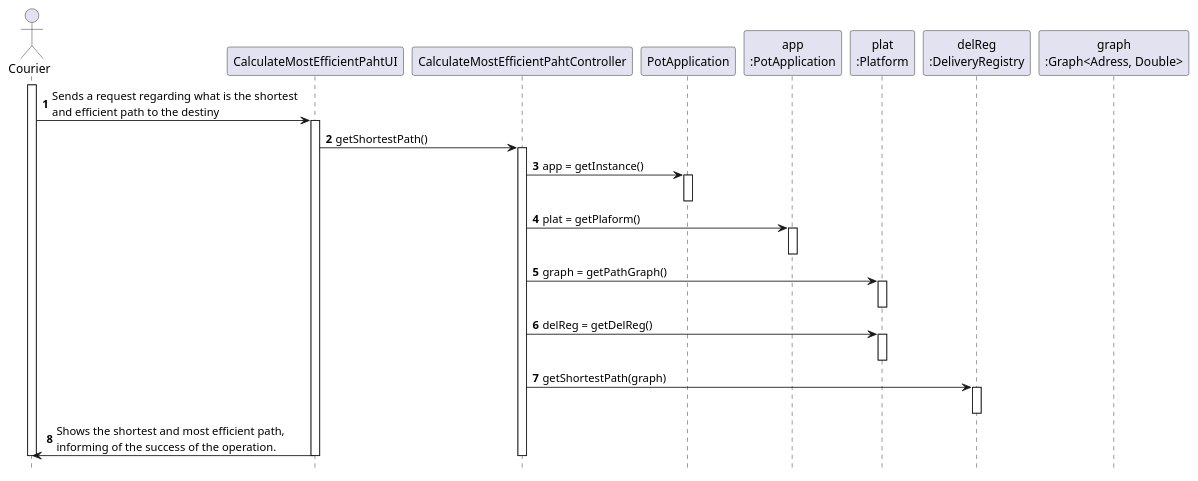
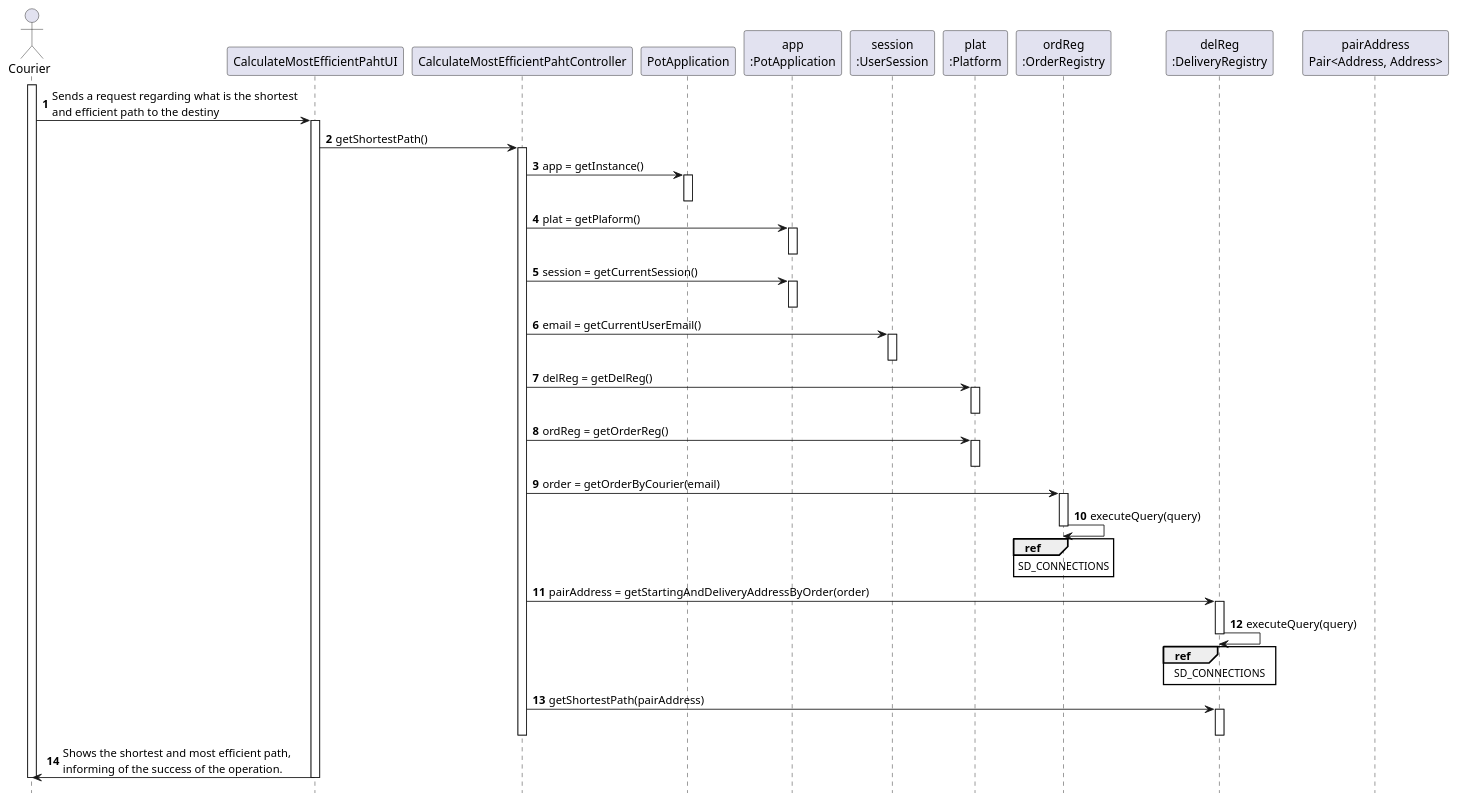
Before and after one commit to tiagoavcosta25/LAPR3: the diagram in docs/Iteration 1/Delivery Management/US23_CalculateMostEfficientPath/US23_SD.puml, drawn with PlantUML. The commit also changed 13 other files, not shown here.

```diff
--- a/docs/Iteration 1/Delivery Management/US23_CalculateMostEfficientPath/US23_SD.puml
+++ b/docs/Iteration 1/Delivery Management/US23_CalculateMostEfficientPath/US23_SD.puml
@@ -1,42 +1,66 @@
 @startuml
 autonumber
 hide footbox
 
 actor "Courier" as COUR
 
 participant "CalculateMostEfficientPahtUI" as UI
 participant "CalculateMostEfficientPahtController" as CTRL
 participant "PotApplication" as _APP
 participant "app\n:PotApplication" as APP
+participant "session\n:UserSession" as SESSION
 participant "plat\n:Platform" as PLAT
+participant "ordReg\n:OrderRegistry" as ORDREG
 participant "delReg\n:DeliveryRegistry" as DELREG
-participant "graph\n:Graph<Adress, Double>" as GRAPH
+participant "pairAddress\nPair<Address, Address>" as PAIR
 
 activate COUR
 
 COUR -> UI : Sends a request regarding what is the shortest \nand efficient path to the destiny
 activate UI
 UI -> CTRL : getShortestPath()
 activate CTRL
 CTRL -> _APP: app = getInstance()
 activate _APP
 deactivate _APP
 
 CTRL -> APP: plat = getPlaform()
 activate APP
 deactivate APP
-CTRL -> PLAT : graph = getPathGraph()
+CTRL -> APP: session = getCurrentSession()
+activate APP
+deactivate APP
+
+CTRL -> SESSION : email = getCurrentUserEmail()
+activate SESSION
+deactivate SESSION
+
+CTRL -> PLAT : delReg = getDelReg()
+
 activate PLAT
 deactivate PLAT
-CTRL -> PLAT : delReg = getDelReg()
+
+CTRL -> PLAT : ordReg = getOrderReg()
+
 activate PLAT
 deactivate PLAT
-CTRL -> DELREG : getShortestPath(graph)
+
+CTRL -> ORDREG : order = getOrderByCourier(email)
+activate ORDREG
+ORDREG -> ORDREG : executeQuery(query)
+ref over ORDREG : SD_CONNECTIONS
+deactivate ORDREG
+CTRL -> DELREG : pairAddress = getStartingAndDeliveryAddressByOrder(order)
+activate DELREG
+DELREG -> DELREG : executeQuery(query)
+ref over DELREG : SD_CONNECTIONS
+deactivate DELREG
+CTRL -> DELREG : getShortestPath(pairAddress)
 activate DELREG
 deactivate DELREG
+deactivate CTRL
 UI -> COUR : Shows the shortest and most efficient path, \ninforming of the success of the operation.
-deactivate CTRL
 deactivate UI
 deactivate COUR
 
 @enduml
```
